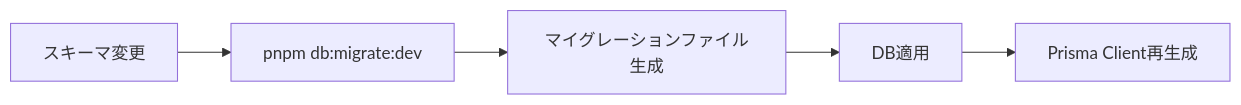
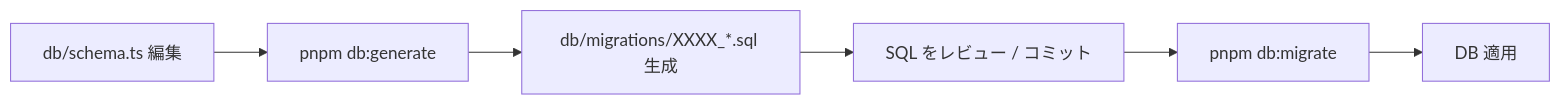
One commit to einja-inc/einja-management-template changed the second of 3 diagrams in docs/einja/steering/db-schema-design.md. Above: the diagram before and after it, drawn with Mermaid. The commit also changed other lines of this file and 65 other files, not shown here.

````diff
--- a/docs/einja/steering/db-schema-design.md
+++ b/docs/einja/steering/db-schema-design.md
@@ -466,7 +797,8 @@
 ```mermaid
 graph LR
-    A[スキーマ変更] --> B[pnpm db:migrate:dev]
-    B --> C[マイグレーションファイル生成]
-    C --> D[DB適用]
-    D --> E[Prisma Client再生成]
+    A[db/schema.ts 編集] --> B[pnpm db:generate]
+    B --> C[db/migrations/XXXX_*.sql 生成]
+    C --> D[SQL をレビュー / コミット]
+    D --> E[pnpm db:migrate]
+    E --> F[DB 適用]
 ```
````
